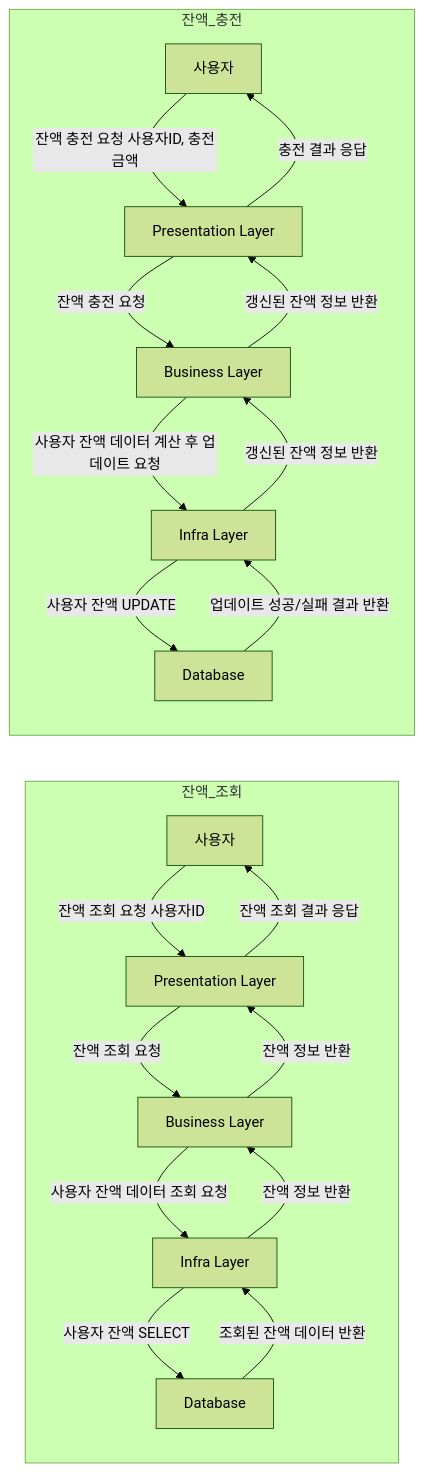
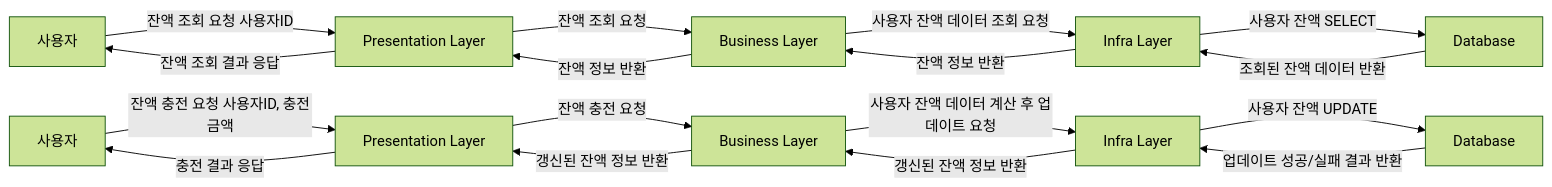
The first of 5 diagrams in README.md (dhgudtmxhs/hhplus-ecommerce), drawn with Mermaid (forest theme) before and after one commit. The commit also changed other lines of this file, not shown here.

````diff
--- a/README.md
+++ b/README.md
@@ -170,24 +28,20 @@
 ```mermaid
 flowchart LR
-    subgraph 잔액_조회
     A[사용자] -->|잔액 조회 요청 사용자ID| B[Presentation Layer]
     B -->|잔액 조회 요청| C[Business Layer]
     C -->|사용자 잔액 데이터 조회 요청| D[Infra Layer]
     D -->|사용자 잔액 SELECT| E[Database]
     E -->|조회된 잔액 데이터 반환| D
     D -->|잔액 정보 반환| C
     C -->|잔액 정보 반환| B
     B -->|잔액 조회 결과 응답| A
-    end
 
-    subgraph 잔액_충전
     A2[사용자] -->|잔액 충전 요청 사용자ID, 충전금액| B2[Presentation Layer]
     B2 -->|잔액 충전 요청| C2[Business Layer]
     C2 -->|사용자 잔액 데이터 계산 후 업데이트 요청| D2[Infra Layer]
     D2 -->|사용자 잔액 UPDATE| E2[Database]
     E2 -->|업데이트 성공/실패 결과 반환| D2
     D2 -->|갱신된 잔액 정보 반환| C2
     C2 -->|갱신된 잔액 정보 반환| B2
     B2 -->|충전 결과 응답| A2
-    end
 ```
````
